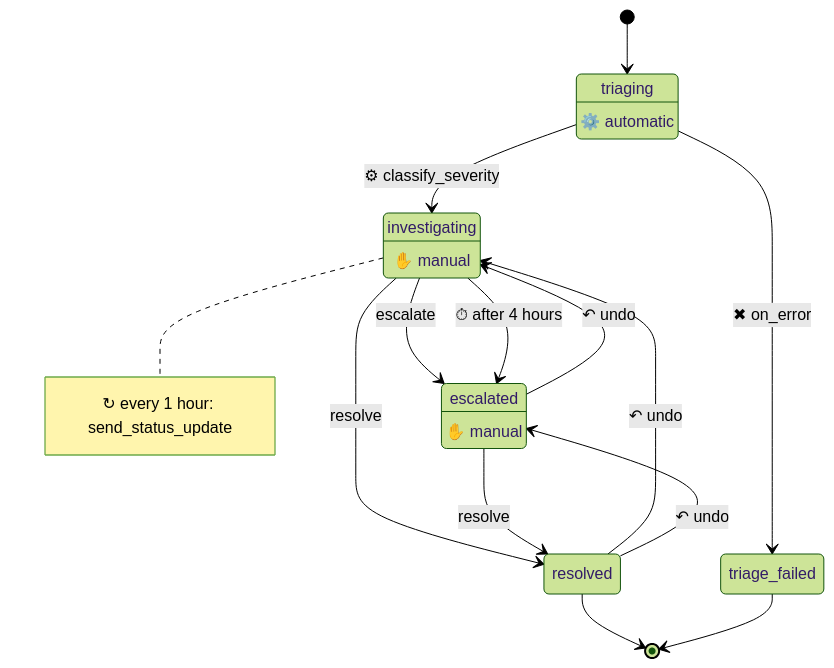
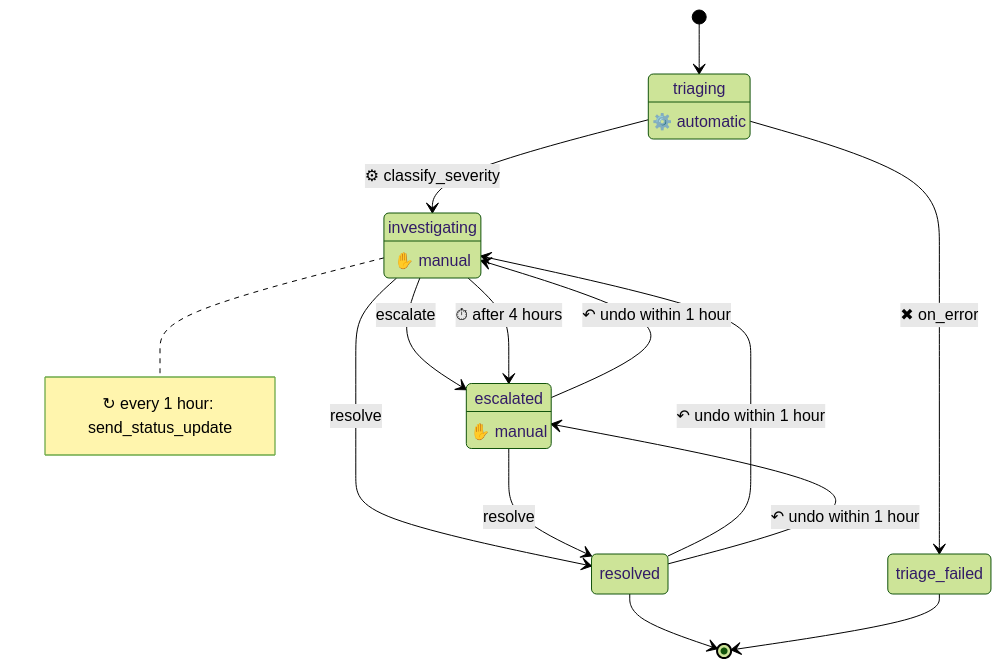
One commit to team-alembic/ash_workflow changed the second of 4 diagrams in documentation/topics/diagrams.md. Above: the diagram before and after it, drawn with Mermaid (forest theme). The commit also changed other lines of this file and 6 other files, not shown here.

````diff
--- a/documentation/topics/diagrams.md
+++ b/documentation/topics/diagrams.md
@@ -156,26 +156,26 @@
 ```mermaid
 stateDiagram-v2
     state "triaging" as step_triaging
     step_triaging : ⚙️ automatic
     state "investigating" as step_investigating
     step_investigating : ✋ manual
     state "escalated" as step_escalated
     step_escalated : ✋ manual
     state "resolved" as step_resolved
     state "triage_failed" as step_triage_failed
     [*] --> step_triaging
     step_triaging --> step_investigating: ⚙ classify_severity
     step_triaging --> step_triage_failed: ✖ on_error
     step_investigating --> step_escalated: escalate
     step_investigating --> step_resolved: resolve
     step_investigating --> step_escalated: ⏱ after 4 hours
     step_escalated --> step_resolved: resolve
-    step_escalated --> step_investigating: ↶ undo
-    step_resolved --> step_investigating: ↶ undo
-    step_resolved --> step_escalated: ↶ undo
+    step_escalated --> step_investigating: ↶ undo within 1 hour
+    step_resolved --> step_investigating: ↶ undo within 1 hour
+    step_resolved --> step_escalated: ↶ undo within 1 hour
     note right of step_investigating
         ↻ every 1 hour: send_status_update
     end note
     step_resolved --> [*]
     step_triage_failed --> [*]
 ```
````
